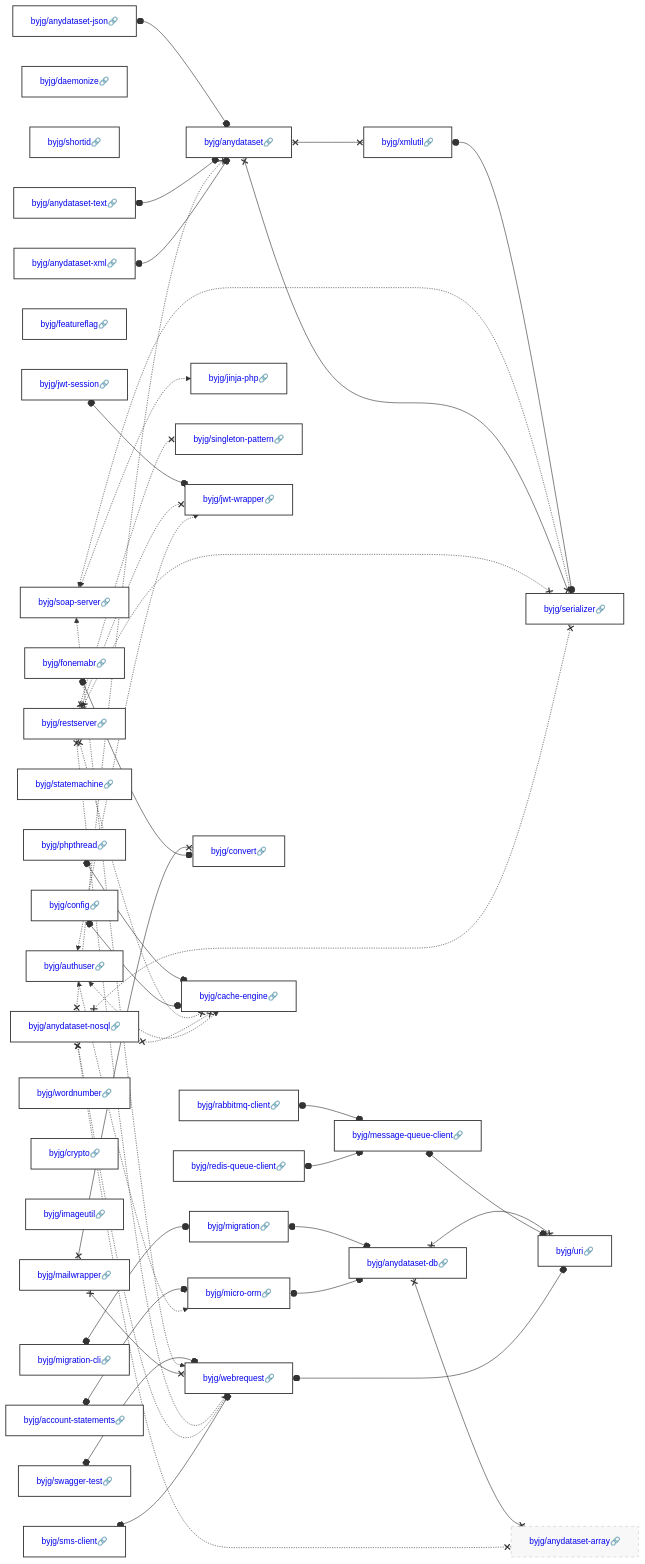
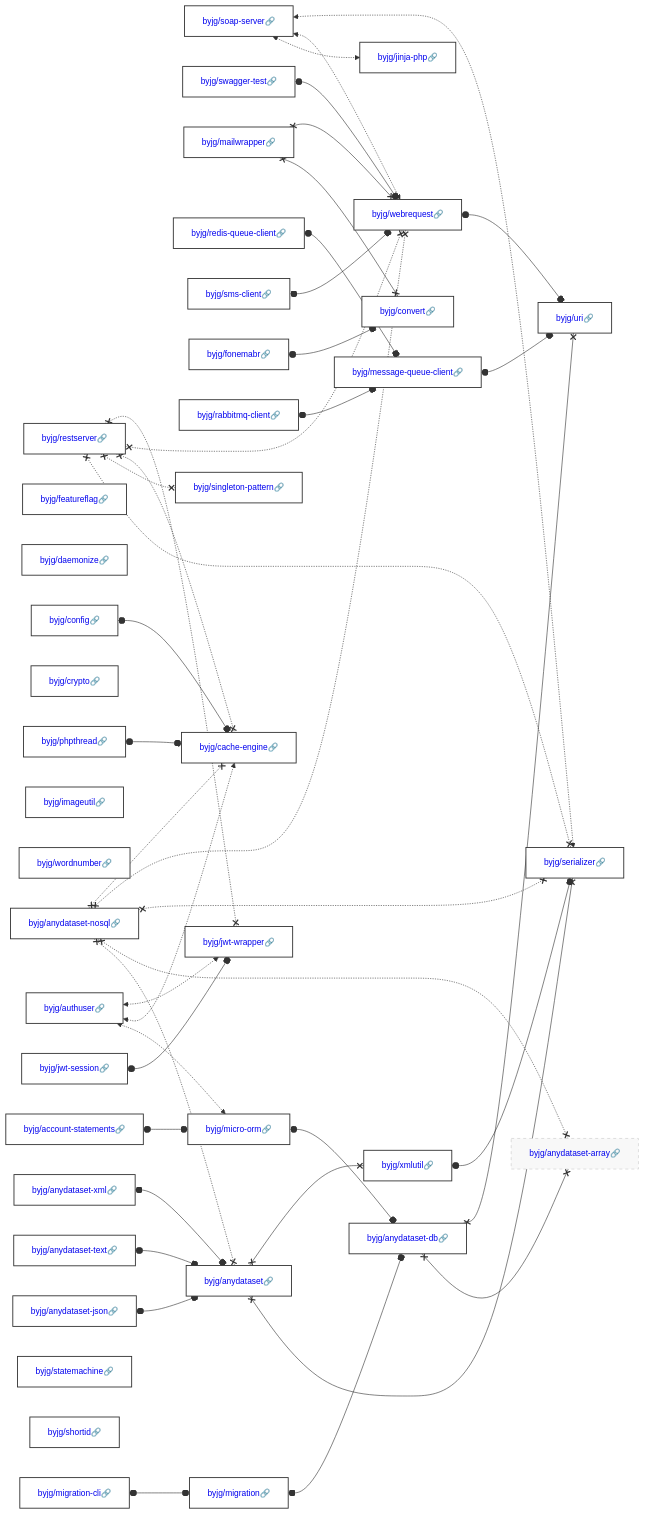
The diagram in docs/php/README.md (byjg/byjg.github.io), drawn with Mermaid before and after one commit. The commit also changed other lines of this file and 1 other file, not shown here.

Commit message:
Update documentation 'php' 'php-convert'

````diff
--- a/docs/php/README.md
+++ b/docs/php/README.md
@@ -3,40 +3,40 @@
 ```mermaid
 graph LR;
+  byjg/soap-server[<a href='https://opensource.byjg.com/docs/php/soap-server' style='text-decoration:none'>byjg/soap-server🔗</a>];
+  byjg/swagger-test[<a href='https://opensource.byjg.com/docs/php/swagger-test' style='text-decoration:none'>byjg/swagger-test🔗</a>];
+  byjg/mailwrapper[<a href='https://opensource.byjg.com/docs/php/mailwrapper' style='text-decoration:none'>byjg/mailwrapper🔗</a>];
+  byjg/redis-queue-client[<a href='https://opensource.byjg.com/docs/php/redis-queue-client' style='text-decoration:none'>byjg/redis-queue-client🔗</a>];
+  byjg/anydataset-xml[<a href='https://opensource.byjg.com/docs/php/anydataset-xml' style='text-decoration:none'>byjg/anydataset-xml🔗</a>];
+  byjg/featureflag[<a href='https://opensource.byjg.com/docs/php/featureflag' style='text-decoration:none'>byjg/featureflag🔗</a>];
+  byjg/daemonize[<a href='https://opensource.byjg.com/docs/php/daemonize' style='text-decoration:none'>byjg/daemonize🔗</a>];
   byjg/anydataset-text[<a href='https://opensource.byjg.com/docs/php/anydataset-text' style='text-decoration:none'>byjg/anydataset-text🔗</a>];
-  byjg/daemonize[<a href='https://opensource.byjg.com/docs/php/daemonize' style='text-decoration:none'>byjg/daemonize🔗</a>];
+  byjg/sms-client[<a href='https://opensource.byjg.com/docs/php/sms-client' style='text-decoration:none'>byjg/sms-client🔗</a>];
+  byjg/crypto[<a href='https://opensource.byjg.com/docs/php/crypto' style='text-decoration:none'>byjg/crypto🔗</a>];
+  byjg/migration-cli[<a href='https://opensource.byjg.com/docs/php/migration-cli' style='text-decoration:none'>byjg/migration-cli🔗</a>];
+  byjg/imageutil[<a href='https://opensource.byjg.com/docs/php/imageutil' style='text-decoration:none'>byjg/imageutil🔗</a>];
+  byjg/wordnumber[<a href='https://opensource.byjg.com/docs/php/wordnumber' style='text-decoration:none'>byjg/wordnumber🔗</a>];
+  byjg/anydataset-json[<a href='https://opensource.byjg.com/docs/php/anydataset-json' style='text-decoration:none'>byjg/anydataset-json🔗</a>];
+  byjg/account-statements[<a href='https://opensource.byjg.com/docs/php/account-statements' style='text-decoration:none'>byjg/account-statements🔗</a>];
+  byjg/jwt-session[<a href='https://opensource.byjg.com/docs/php/jwt-session' style='text-decoration:none'>byjg/jwt-session🔗</a>];
+  byjg/fonemabr[<a href='https://opensource.byjg.com/docs/php/fonemabr' style='text-decoration:none'>byjg/fonemabr🔗</a>];
+  byjg/phpthread[<a href='https://opensource.byjg.com/docs/php/phpthread' style='text-decoration:none'>byjg/phpthread🔗</a>];
+  byjg/authuser[<a href='https://opensource.byjg.com/docs/php/authuser' style='text-decoration:none'>byjg/authuser🔗</a>];
+  byjg/rabbitmq-client[<a href='https://opensource.byjg.com/docs/php/rabbitmq-client' style='text-decoration:none'>byjg/rabbitmq-client🔗</a>];
+  byjg/config[<a href='https://opensource.byjg.com/docs/php/config' style='text-decoration:none'>byjg/config🔗</a>];
+  byjg/anydataset-nosql[<a href='https://opensource.byjg.com/docs/php/anydataset-nosql' style='text-decoration:none'>byjg/anydataset-nosql🔗</a>];
+  byjg/statemachine[<a href='https://opensource.byjg.com/docs/php/statemachine' style='text-decoration:none'>byjg/statemachine🔗</a>];
   byjg/shortid[<a href='https://opensource.byjg.com/docs/php/shortid' style='text-decoration:none'>byjg/shortid🔗</a>];
-  byjg/soap-server[<a href='https://opensource.byjg.com/docs/php/soap-server' style='text-decoration:none'>byjg/soap-server🔗</a>];
-  byjg/fonemabr[<a href='https://opensource.byjg.com/docs/php/fonemabr' style='text-decoration:none'>byjg/fonemabr🔗</a>];
-  byjg/featureflag[<a href='https://opensource.byjg.com/docs/php/featureflag' style='text-decoration:none'>byjg/featureflag🔗</a>];
-  byjg/config[<a href='https://opensource.byjg.com/docs/php/config' style='text-decoration:none'>byjg/config🔗</a>];
-  byjg/jwt-session[<a href='https://opensource.byjg.com/docs/php/jwt-session' style='text-decoration:none'>byjg/jwt-session🔗</a>];
-  byjg/authuser[<a href='https://opensource.byjg.com/docs/php/authuser' style='text-decoration:none'>byjg/authuser🔗</a>];
-  byjg/swagger-test[<a href='https://opensource.byjg.com/docs/php/swagger-test' style='text-decoration:none'>byjg/swagger-test🔗</a>];
-  byjg/statemachine[<a href='https://opensource.byjg.com/docs/php/statemachine' style='text-decoration:none'>byjg/statemachine🔗</a>];
-  byjg/sms-client[<a href='https://opensource.byjg.com/docs/php/sms-client' style='text-decoration:none'>byjg/sms-client🔗</a>];
   byjg/restserver[<a href='https://opensource.byjg.com/docs/php/restserver' style='text-decoration:none'>byjg/restserver🔗</a>];
-  byjg/migration-cli[<a href='https://opensource.byjg.com/docs/php/migration-cli' style='text-decoration:none'>byjg/migration-cli🔗</a>];
-  byjg/anydataset-nosql[<a href='https://opensource.byjg.com/docs/php/anydataset-nosql' style='text-decoration:none'>byjg/anydataset-nosql🔗</a>];
-  byjg/wordnumber[<a href='https://opensource.byjg.com/docs/php/wordnumber' style='text-decoration:none'>byjg/wordnumber🔗</a>];
-  byjg/crypto[<a href='https://opensource.byjg.com/docs/php/crypto' style='text-decoration:none'>byjg/crypto🔗</a>];
-  byjg/rabbitmq-client[<a href='https://opensource.byjg.com/docs/php/rabbitmq-client' style='text-decoration:none'>byjg/rabbitmq-client🔗</a>];
-  byjg/redis-queue-client[<a href='https://opensource.byjg.com/docs/php/redis-queue-client' style='text-decoration:none'>byjg/redis-queue-client🔗</a>];
-  byjg/imageutil[<a href='https://opensource.byjg.com/docs/php/imageutil' style='text-decoration:none'>byjg/imageutil🔗</a>];
-  byjg/mailwrapper[<a href='https://opensource.byjg.com/docs/php/mailwrapper' style='text-decoration:none'>byjg/mailwrapper🔗</a>];
-  byjg/phpthread[<a href='https://opensource.byjg.com/docs/php/phpthread' style='text-decoration:none'>byjg/phpthread🔗</a>];
-  byjg/account-statements[<a href='https://opensource.byjg.com/docs/php/account-statements' style='text-decoration:none'>byjg/account-statements🔗</a>];
-  byjg/anydataset-json[<a href='https://opensource.byjg.com/docs/php/anydataset-json' style='text-decoration:none'>byjg/anydataset-json🔗</a>];
-  byjg/anydataset-xml[<a href='https://opensource.byjg.com/docs/php/anydataset-xml' style='text-decoration:none'>byjg/anydataset-xml🔗</a>];
   byjg/jinja-php[<a href='https://opensource.byjg.com/docs/php/jinja-php' style='text-decoration:none'>byjg/jinja-php🔗</a>];
+  byjg/migration[<a href='https://opensource.byjg.com/docs/php/migration' style='text-decoration:none'>byjg/migration🔗</a>];
+  byjg/convert[<a href='https://opensource.byjg.com/docs/php/convert' style='text-decoration:none'>byjg/convert🔗</a>];
+  byjg/micro-orm[<a href='https://opensource.byjg.com/docs/php/micro-orm' style='text-decoration:none'>byjg/micro-orm🔗</a>];
+  byjg/message-queue-client[<a href='https://opensource.byjg.com/docs/php/message-queue-client' style='text-decoration:none'>byjg/message-queue-client🔗</a>];
+  byjg/anydataset[<a href='https://opensource.byjg.com/docs/php/anydataset' style='text-decoration:none'>byjg/anydataset🔗</a>];
   byjg/singleton-pattern[<a href='https://opensource.byjg.com/docs/php/singleton-pattern' style='text-decoration:none'>byjg/singleton-pattern🔗</a>];
+  byjg/cache-engine[<a href='https://opensource.byjg.com/docs/php/cache-engine' style='text-decoration:none'>byjg/cache-engine🔗</a>];
+  byjg/webrequest[<a href='https://opensource.byjg.com/docs/php/webrequest' style='text-decoration:none'>byjg/webrequest🔗</a>];
   byjg/jwt-wrapper[<a href='https://opensource.byjg.com/docs/php/jwt-wrapper' style='text-decoration:none'>byjg/jwt-wrapper🔗</a>];
-  byjg/migration[<a href='https://opensource.byjg.com/docs/php/migration' style='text-decoration:none'>byjg/migration🔗</a>];
-  byjg/message-queue-client[<a href='https://opensource.byjg.com/docs/php/message-queue-client' style='text-decoration:none'>byjg/message-queue-client🔗</a>];
-  byjg/convert[<a href='https://opensource.byjg.com/docs/php/convert' style='text-decoration:none'>byjg/convert🔗</a>];
-  byjg/webrequest[<a href='https://opensource.byjg.com/docs/php/webrequest' style='text-decoration:none'>byjg/webrequest🔗</a>];
-  byjg/cache-engine[<a href='https://opensource.byjg.com/docs/php/cache-engine' style='text-decoration:none'>byjg/cache-engine🔗</a>];
-  byjg/micro-orm[<a href='https://opensource.byjg.com/docs/php/micro-orm' style='text-decoration:none'>byjg/micro-orm🔗</a>];
-  byjg/anydataset[<a href='https://opensource.byjg.com/docs/php/anydataset' style='text-decoration:none'>byjg/anydataset🔗</a>];
   byjg/anydataset-db[<a href='https://opensource.byjg.com/docs/php/anydataset-db' style='text-decoration:none'>byjg/anydataset-db🔗</a>];
   byjg/xmlutil[<a href='https://opensource.byjg.com/docs/php/xmlutil' style='text-decoration:none'>byjg/xmlutil🔗</a>];
   byjg/anydataset-array[<a href='https://opensource.byjg.com/docs/php/anydataset-array' style='text-decoration:none'>byjg/anydataset-array🔗</a>];
````
